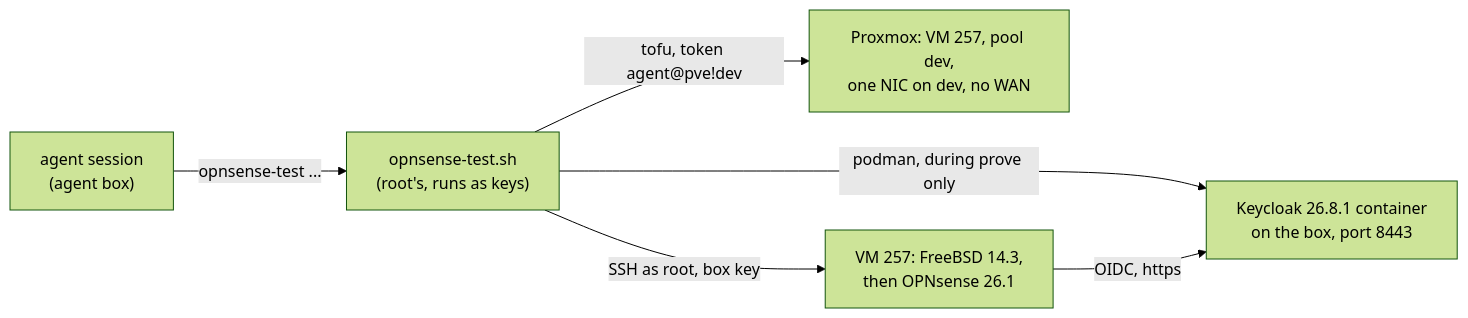
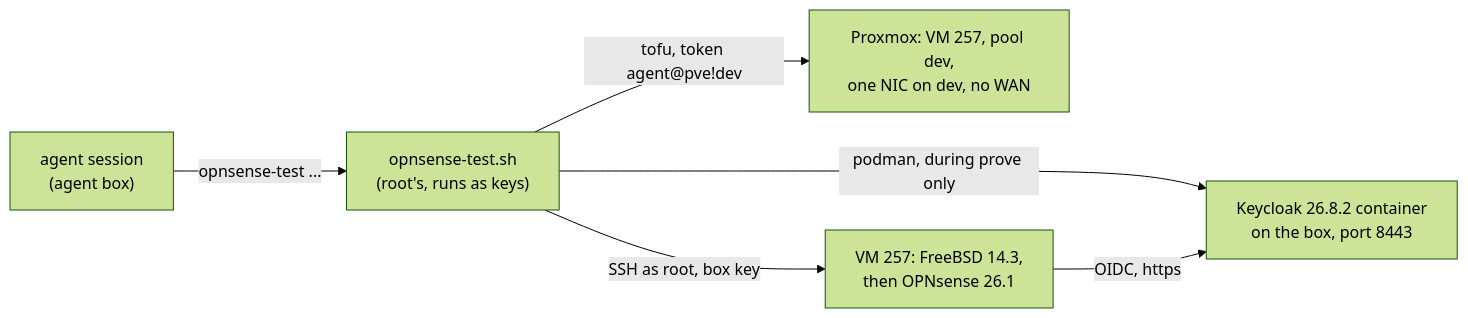
Before and after one commit to jonhill90/central-hub: the diagram in docs/runbooks/prove-opnsense-sign-in-on-dev.md, drawn with Mermaid (forest theme). The commit also changed other lines of this file and 12 other files, not shown here.

````diff
--- a/docs/runbooks/prove-opnsense-sign-in-on-dev.md
+++ b/docs/runbooks/prove-opnsense-sign-in-on-dev.md
@@ -25,8 +25,8 @@
 ```mermaid
 flowchart LR
   s["agent session<br/>(agent box)"] -- "opnsense-test ..." --> w["opnsense-test.sh<br/>(root's, runs as keys)"]
   w -- "tofu, token agent@pve!dev" --> p["Proxmox: VM 257, pool dev,<br/>one NIC on dev, no WAN"]
   w -- "SSH as root, box key" --> v["VM 257: FreeBSD 14.3,<br/>then OPNsense 26.1"]
-  w -- "podman, during prove only" --> k["Keycloak 26.8.1 container<br/>on the box, port 8443"]
+  w -- "podman, during prove only" --> k["Keycloak 26.8.2 container<br/>on the box, port 8443"]
   v -- "OIDC, https" --> k
 ```
````
